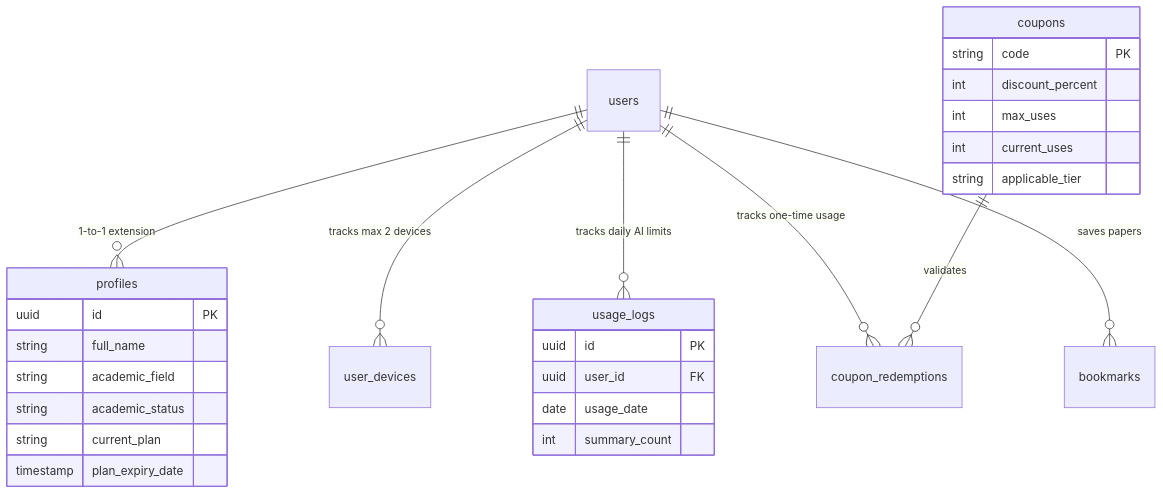
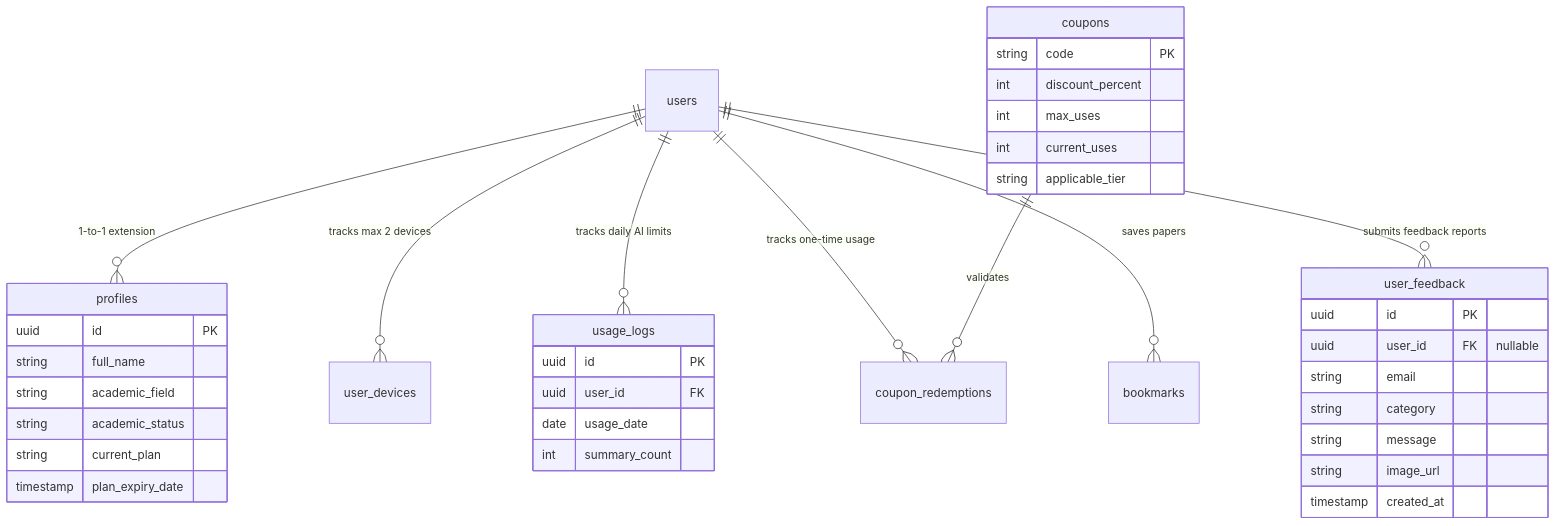
The second of 4 diagrams in README.md (CodeWithPritom/ScholarHub-frontend), drawn with Mermaid before and after one commit. The commit also changed other lines of this file and 15 other files, not shown here.

````diff
--- a/README.md
+++ b/README.md
@@ -165,33 +165,44 @@
 ```mermaid
 erDiagram
     users ||--o{ profiles : "1-to-1 extension"
     users ||--o{ user_devices : "tracks max 2 devices"
     users ||--o{ usage_logs : "tracks daily AI limits"
     users ||--o{ coupon_redemptions : "tracks one-time usage"
     users ||--o{ bookmarks : "saves papers"
+    users ||--o{ user_feedback : "submits feedback reports"
     
     profiles {
         uuid id PK
         string full_name
         string academic_field
         string academic_status
         string current_plan
         timestamp plan_expiry_date
     }
     
     usage_logs {
         uuid id PK
         uuid user_id FK
         date usage_date
         int summary_count
     }
+
+    user_feedback {
+        uuid id PK
+        uuid user_id FK "nullable"
+        string email
+        string category
+        string message
+        string image_url
+        timestamp created_at
+    }
     
     coupons ||--o{ coupon_redemptions : "validates"
     coupons {
         string code PK
         int discount_percent
         int max_uses
         int current_uses
         string applicable_tier
     }
 ```
````
